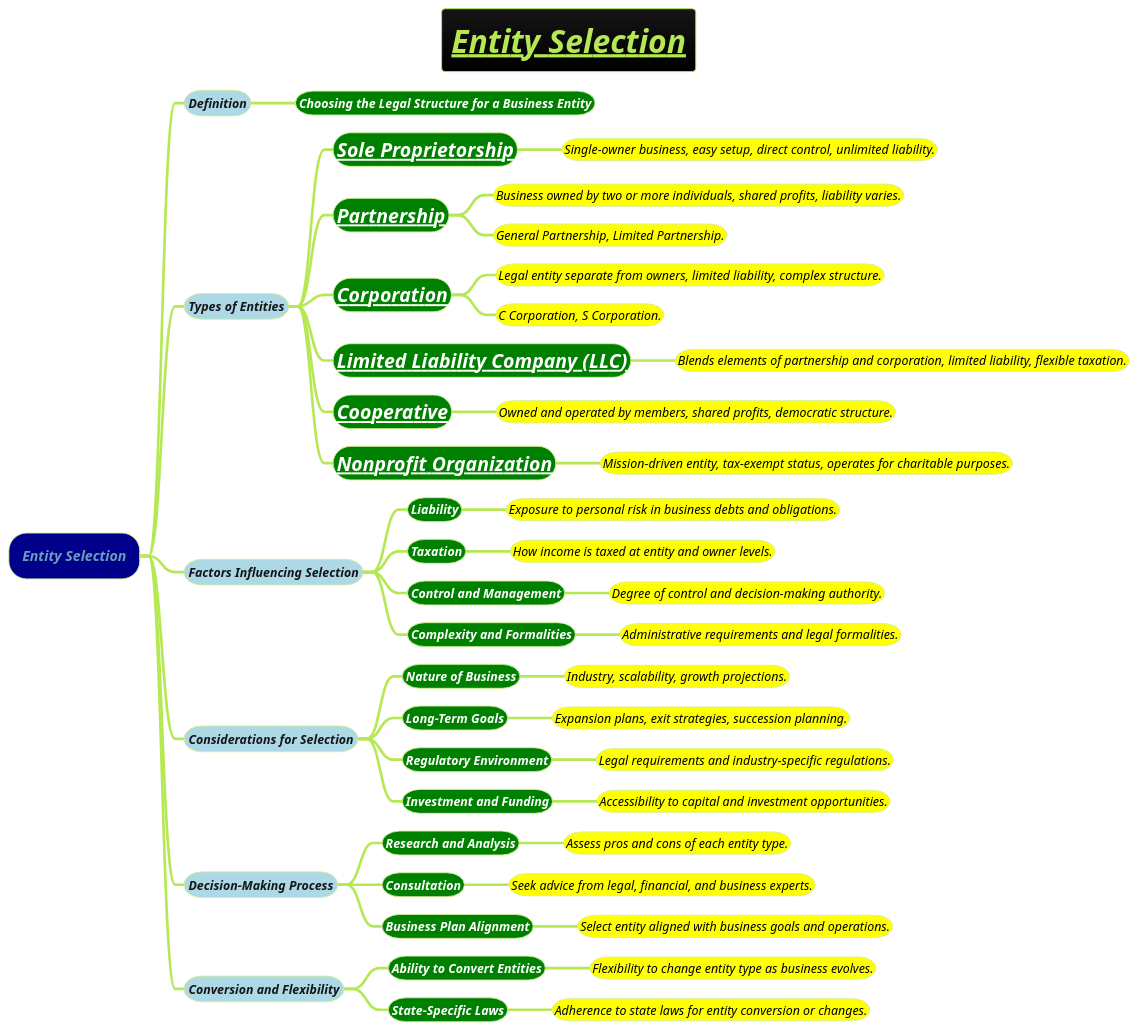
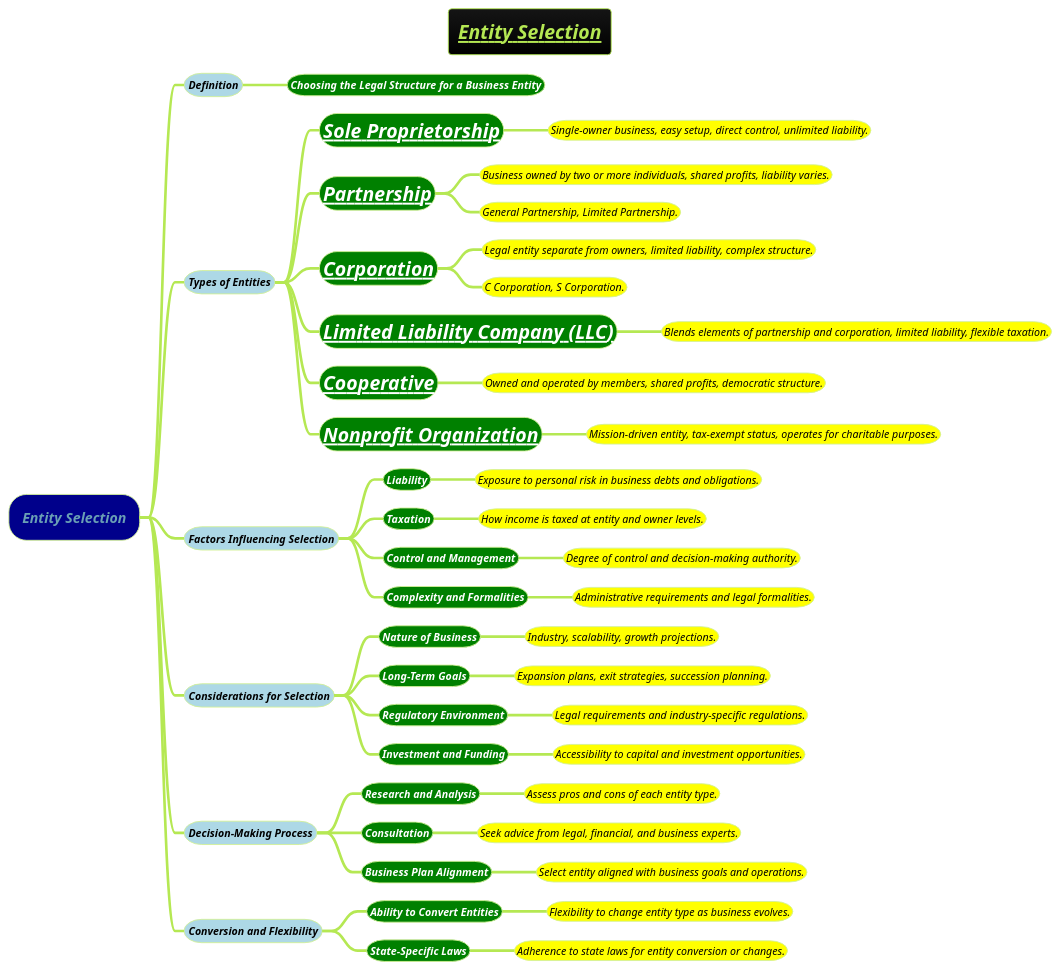
The diagram in docs/1-business-analyst/client-management/software-house/company-registration/Entity-Selection.puml (MehmoodHashmi/Documentation-as-Code-DaC), drawn with PlantUML before and after one commit.

```diff
--- a/docs/1-business-analyst/client-management/software-house/company-registration/Entity-Selection.puml
+++ b/docs/1-business-analyst/client-management/software-house/company-registration/Entity-Selection.puml
@@ -1,53 +1,53 @@
 @startmindmap
-title =<i><b><u>Entity Selection
+title =<i><b><u><size:18>Entity Selection
 !theme hacker
 
 *[#darkblue] <i>Entity Selection
-**[#lightblue] <i><color #blac><size:14>Definition
-***[#green] <b><i><color #white><size:14>Choosing the Legal Structure for a Business Entity
-**[#lightblue] <i><color #blac><size:14>Types of Entities
+**[#lightblue] <i><color #black><size:12>Definition
+***[#green] <b><i><color #white><size:12>Choosing the Legal Structure for a Business Entity
+**[#lightblue] <i><color #black><size:12>Types of Entities
 ***[#green] <b><i><color #white><size:22>[[Sole-Proprietorship.puml Sole Proprietorship]]
-****[#yellow] <i><color #black><size:14>Single-owner business, easy setup, direct control, unlimited liability.
+****[#yellow] <i><color #black><size:12>Single-owner business, easy setup, direct control, unlimited liability.
 ***[#green] <b><i><color #white><size:22>[[Partnership.puml Partnership]]
-****[#yellow] <i><color #black><size:14>Business owned by two or more individuals, shared profits, liability varies.
-****[#yellow] <i><color #black><size:14>General Partnership, Limited Partnership.
+****[#yellow] <i><color #black><size:12>Business owned by two or more individuals, shared profits, liability varies.
+****[#yellow] <i><color #black><size:12>General Partnership, Limited Partnership.
 ***[#green] <b><i><color #white><size:22>[[Corporation.puml Corporation]]
-****[#yellow] <i><color #black><size:14>Legal entity separate from owners, limited liability, complex structure.
-****[#yellow] <i><color #black><size:14>C Corporation, S Corporation.
+****[#yellow] <i><color #black><size:12>Legal entity separate from owners, limited liability, complex structure.
+****[#yellow] <i><color #black><size:12>C Corporation, S Corporation.
 ***[#green] <b><i><color #white><size:22>[[Limited-Liability-Company-(LLC).puml Limited Liability Company (LLC)]]
-****[#yellow] <i><color #black><size:14>Blends elements of partnership and corporation, limited liability, flexible taxation.
+****[#yellow] <i><color #black><size:12>Blends elements of partnership and corporation, limited liability, flexible taxation.
 ***[#green] <b><i><color #white><size:22>[[Cooperative.puml Cooperative]]
-****[#yellow] <i><color #black><size:14>Owned and operated by members, shared profits, democratic structure.
+****[#yellow] <i><color #black><size:12>Owned and operated by members, shared profits, democratic structure.
 ***[#green] <b><i><color #white><size:22>[[Nonprofit-Organization.puml Nonprofit Organization]]
-****[#yellow] <i><color #black><size:14>Mission-driven entity, tax-exempt status, operates for charitable purposes.
-**[#lightblue] <i><color #blac><size:14>Factors Influencing Selection
-***[#green] <b><i><color #white><size:14>Liability
-****[#yellow] <i><color #black><size:14>Exposure to personal risk in business debts and obligations.
-***[#green] <b><i><color #white><size:14>Taxation
-****[#yellow] <i><color #black><size:14>How income is taxed at entity and owner levels.
-***[#green] <b><i><color #white><size:14>Control and Management
-****[#yellow] <i><color #black><size:14>Degree of control and decision-making authority.
-***[#green] <b><i><color #white><size:14>Complexity and Formalities
-****[#yellow] <i><color #black><size:14>Administrative requirements and legal formalities.
-**[#lightblue] <i><color #blac><size:14>Considerations for Selection
-***[#green] <b><i><color #white><size:14>Nature of Business
-****[#yellow] <i><color #black><size:14>Industry, scalability, growth projections.
-***[#green] <b><i><color #white><size:14>Long-Term Goals
-****[#yellow] <i><color #black><size:14>Expansion plans, exit strategies, succession planning.
-***[#green] <b><i><color #white><size:14>Regulatory Environment
-****[#yellow] <i><color #black><size:14>Legal requirements and industry-specific regulations.
-***[#green] <b><i><color #white><size:14>Investment and Funding
-****[#yellow] <i><color #black><size:14>Accessibility to capital and investment opportunities.
-**[#lightblue] <i><color #blac><size:14>Decision-Making Process
-***[#green] <b><i><color #white><size:14>Research and Analysis
-****[#yellow] <i><color #black><size:14>Assess pros and cons of each entity type.
-***[#green] <b><i><color #white><size:14>Consultation
-****[#yellow] <i><color #black><size:14>Seek advice from legal, financial, and business experts.
-***[#green] <b><i><color #white><size:14>Business Plan Alignment
-****[#yellow] <i><color #black><size:14>Select entity aligned with business goals and operations.
-**[#lightblue] <i><color #blac><size:14>Conversion and Flexibility
-***[#green] <b><i><color #white><size:14>Ability to Convert Entities
-****[#yellow] <i><color #black><size:14>Flexibility to change entity type as business evolves.
-***[#green] <b><i><color #white><size:14>State-Specific Laws
-****[#yellow] <i><color #black><size:14>Adherence to state laws for entity conversion or changes.
+****[#yellow] <i><color #black><size:12>Mission-driven entity, tax-exempt status, operates for charitable purposes.
+**[#lightblue] <i><color #black><size:12>Factors Influencing Selection
+***[#green] <b><i><color #white><size:12>Liability
+****[#yellow] <i><color #black><size:12>Exposure to personal risk in business debts and obligations.
+***[#green] <b><i><color #white><size:12>Taxation
+****[#yellow] <i><color #black><size:12>How income is taxed at entity and owner levels.
+***[#green] <b><i><color #white><size:12>Control and Management
+****[#yellow] <i><color #black><size:12>Degree of control and decision-making authority.
+***[#green] <b><i><color #white><size:12>Complexity and Formalities
+****[#yellow] <i><color #black><size:12>Administrative requirements and legal formalities.
+**[#lightblue] <i><color #black><size:12>Considerations for Selection
+***[#green] <b><i><color #white><size:12>Nature of Business
+****[#yellow] <i><color #black><size:12>Industry, scalability, growth projections.
+***[#green] <b><i><color #white><size:12>Long-Term Goals
+****[#yellow] <i><color #black><size:12>Expansion plans, exit strategies, succession planning.
+***[#green] <b><i><color #white><size:12>Regulatory Environment
+****[#yellow] <i><color #black><size:12>Legal requirements and industry-specific regulations.
+***[#green] <b><i><color #white><size:12>Investment and Funding
+****[#yellow] <i><color #black><size:12>Accessibility to capital and investment opportunities.
+**[#lightblue] <i><color #black><size:12>Decision-Making Process
+***[#green] <b><i><color #white><size:12>Research and Analysis
+****[#yellow] <i><color #black><size:12>Assess pros and cons of each entity type.
+***[#green] <b><i><color #white><size:12>Consultation
+****[#yellow] <i><color #black><size:12>Seek advice from legal, financial, and business experts.
+***[#green] <b><i><color #white><size:12>Business Plan Alignment
+****[#yellow] <i><color #black><size:12>Select entity aligned with business goals and operations.
+**[#lightblue] <i><color #black><size:12>Conversion and Flexibility
+***[#green] <b><i><color #white><size:12>Ability to Convert Entities
+****[#yellow] <i><color #black><size:12>Flexibility to change entity type as business evolves.
+***[#green] <b><i><color #white><size:12>State-Specific Laws
+****[#yellow] <i><color #black><size:12>Adherence to state laws for entity conversion or changes.
 @endmindmap
```
